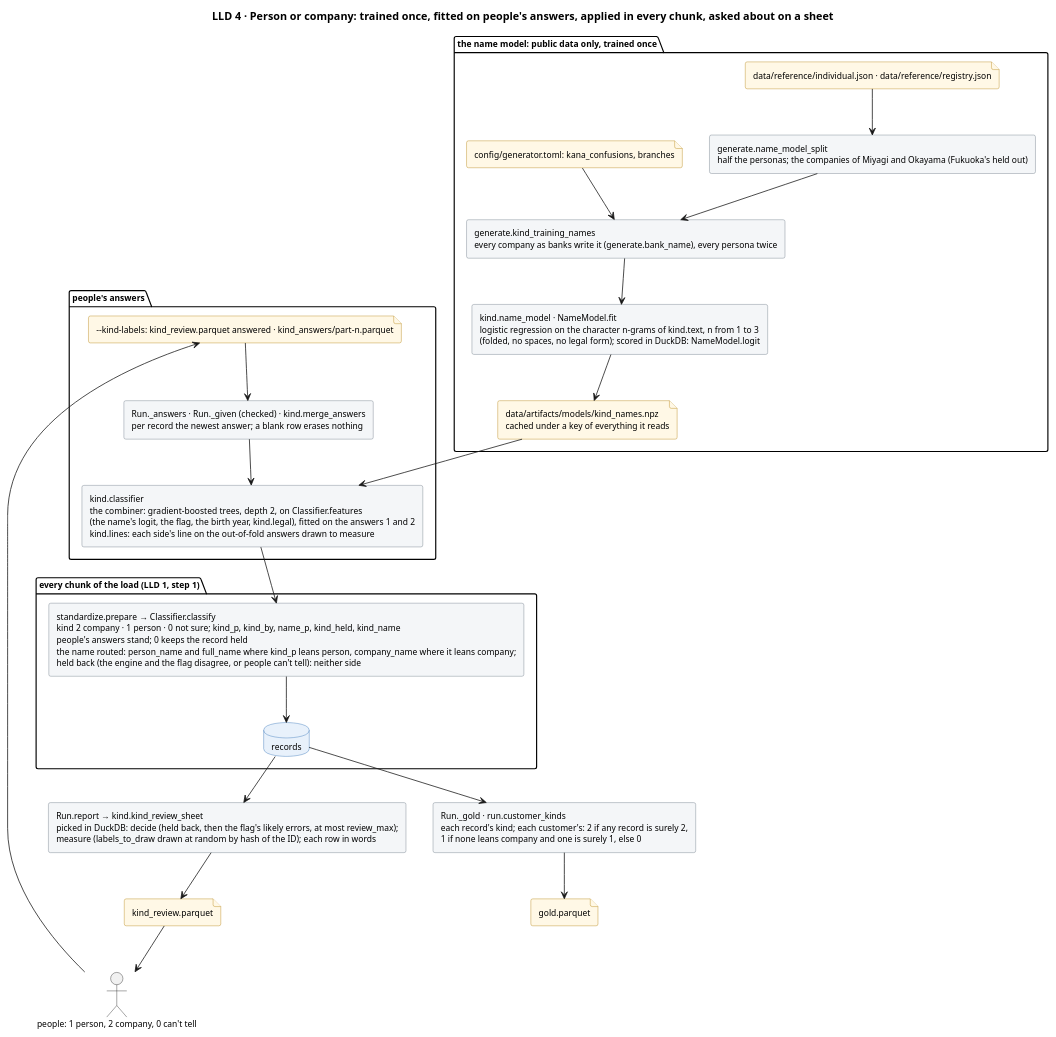
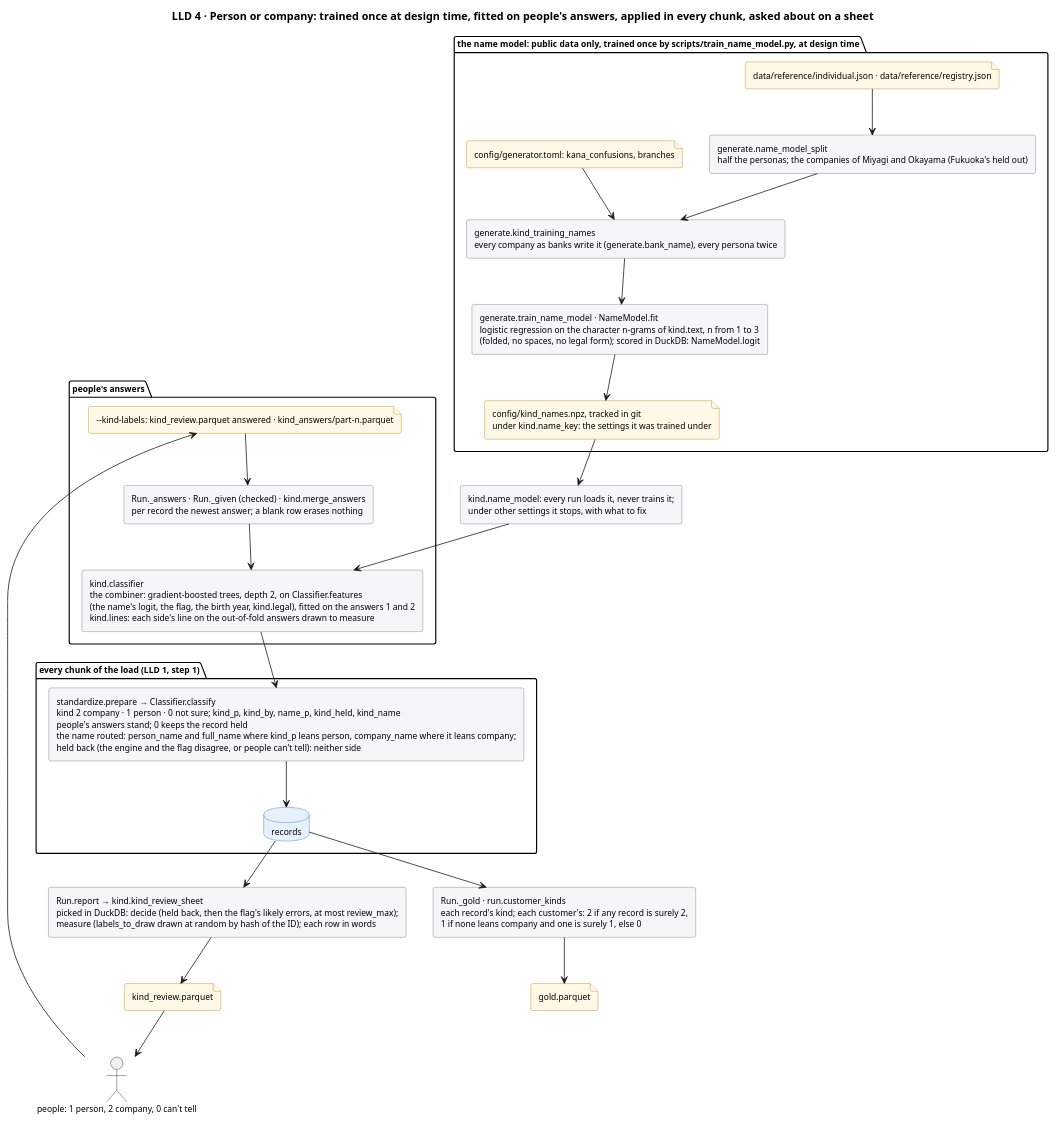
Before and after one commit to mvsbm/entity_matching: the diagram in docs/diagrams/kind.puml, drawn with PlantUML. The commit also changed 22 other files, not shown here.

First line of the commit message:
The name model a design-time file a run only loads

```diff
--- a/docs/diagrams/kind.puml
+++ b/docs/diagrams/kind.puml
@@ -1,59 +1,61 @@
 @startuml kind
-title LLD 4 · Person or company: trained once, fitted on people's answers, applied in every chunk, asked about on a sheet
+title LLD 4 · Person or company: trained once at design time, fitted on people's answers, applied in every chunk, asked about on a sheet
 skinparam defaultFontSize 11
 skinparam rectangle {
   BackgroundColor #F4F6F8
   BorderColor #65717E
 }
 skinparam database {
   BackgroundColor #E8F1FB
   BorderColor #2C6DB3
 }
 skinparam file {
   BackgroundColor #FFF8E6
   BorderColor #B07D00
 }
 
-package "the name model: public data only, trained once" {
+package "the name model: public data only, trained once by scripts/train_name_model.py, at design time" {
   file "data/reference/individual.json · data/reference/registry.json" as f_ref
   file "config/generator.toml: kana_confusions, branches" as f_gen
   rectangle "generate.name_model_split\nhalf the personas; the companies of Miyagi and Okayama (Fukuoka's held out)" as split
   rectangle "generate.kind_training_names\nevery company as banks write it (generate.bank_name), every persona twice" as names
-  rectangle "kind.name_model · NameModel.fit\nlogistic regression on the character n-grams of kind.text, n from 1 to 3\n(folded, no spaces, no legal form); scored in DuckDB: NameModel.logit" as model
-  file "data/artifacts/models/kind_names.npz\ncached under a key of everything it reads" as f_cache
+  rectangle "generate.train_name_model · NameModel.fit\nlogistic regression on the character n-grams of kind.text, n from 1 to 3\n(folded, no spaces, no legal form); scored in DuckDB: NameModel.logit" as model
+  file "config/kind_names.npz, tracked in git\nunder kind.name_key: the settings it was trained under" as f_cache
 }
+rectangle "kind.name_model: every run loads it, never trains it;\nunder other settings it stops, with what to fix" as load
 
 package "people's answers" {
   file "~--kind-labels: kind_review.parquet answered · kind_answers/part-n.parquet" as f_answers
   rectangle "Run._answers · Run._given (checked) · kind.merge_answers\nper record the newest answer; a blank row erases nothing" as merge
   rectangle "kind.classifier\nthe combiner: gradient-boosted trees, depth 2, on Classifier.features\n(the name's logit, the flag, the birth year, kind.legal), fitted on the answers 1 and 2\nkind.lines: each side's line on the out-of-fold answers drawn to measure" as fit
 }
 
 package "every chunk of the load (LLD 1, step 1)" {
   rectangle "standardize.prepare → Classifier.classify\nkind 2 company · 1 person · 0 not sure; kind_p, kind_by, name_p, kind_held, kind_name\npeople's answers stand; 0 keeps the record held\nthe name routed: person_name and full_name where kind_p leans person, company_name where it leans company;\nheld back (the engine and the flag disagree, or people can't tell): neither side" as classify
   database "records" as records
 }
 
 rectangle "Run._gold · run.customer_kinds\neach record's kind; each customer's: 2 if any record is surely 2,\n1 if none leans company and one is surely 1, else 0" as gold
 file "gold.parquet" as f_gold
 rectangle "Run.report → kind.kind_review_sheet\npicked in DuckDB: decide (held back, then the flag's likely errors, at most review_max);\nmeasure (labels_to_draw drawn at random by hash of the ID); each row in words" as sheet
 file "kind_review.parquet" as f_sheet
 actor "people: 1 person, 2 company, 0 can't tell" as people
 
 f_ref --> split
 split --> names
 f_gen --> names
 names --> model
 model --> f_cache
-f_cache --> fit
+f_cache --> load
+load --> fit
 f_answers --> merge
 merge --> fit
 fit --> classify
 classify --> records
 records --> gold
 gold --> f_gold
 records --> sheet
 sheet --> f_sheet
 f_sheet --> people
 people --> f_answers
 @enduml
```
